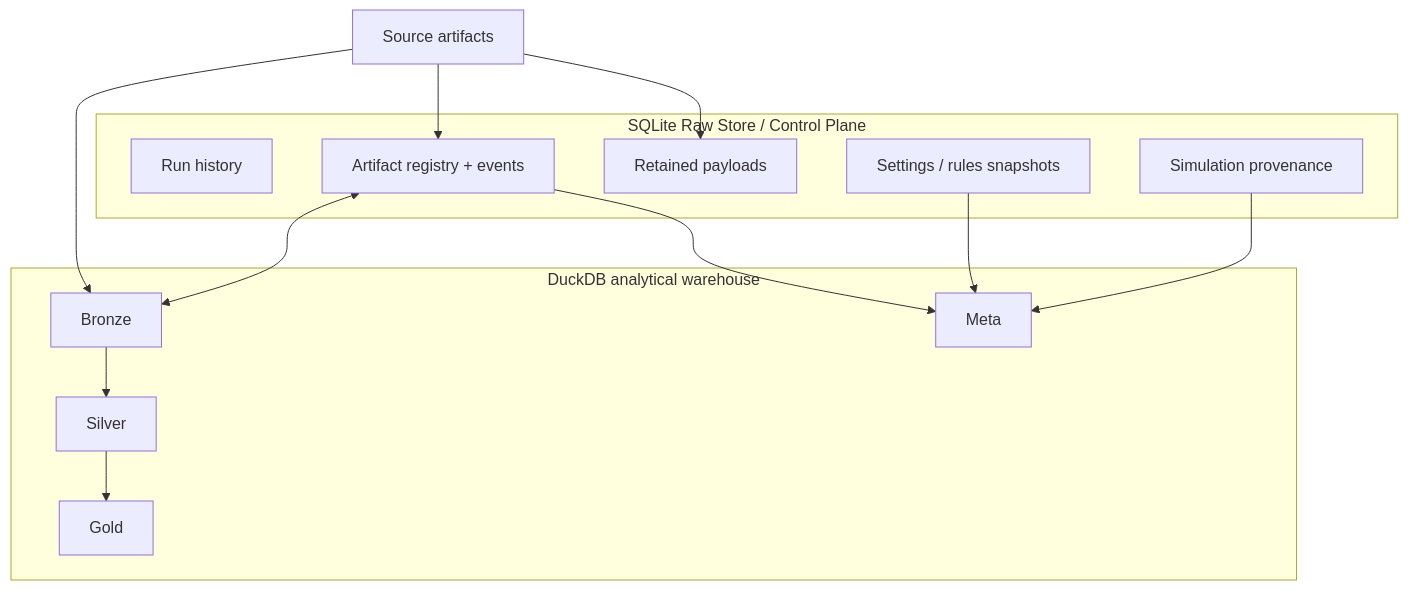
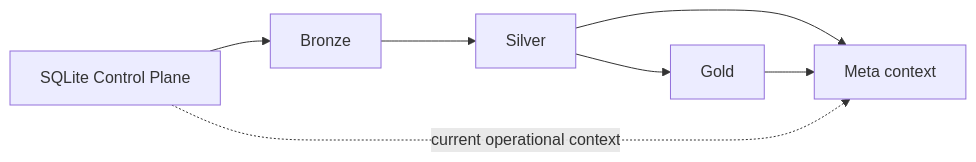
Before and after one commit to tks18/personal-finance-etl: the first of 7 diagrams in docs/architecture/warehouse-architecture.md, drawn with Mermaid. The commit also changed other lines of this file and 10 other files, not shown here.

Commit message:
docs: update docs/architecture for latest version

````diff
--- a/docs/architecture/warehouse-architecture.md
+++ b/docs/architecture/warehouse-architecture.md
@@ -9,29 +9,9 @@
 ```mermaid
-flowchart TB
-    SRC[Source artifacts]
-
-    subgraph SQLite[SQLite Raw Store / Control Plane]
-        RUNS[Run history]
-        ART[Artifact registry + events]
-        PAY[Retained payloads]
-        SNAP[Settings / rules snapshots]
-        SIM[Simulation provenance]
-    end
-
-    subgraph DuckDB[DuckDB analytical warehouse]
-        B[Bronze]
-        S[Silver]
-        G[Gold]
-        M[Meta]
-    end
-
-    SRC --> ART
-    SRC --> PAY
-    SRC --> B
-    ART <--> B
-    B --> S
-    S --> G
-    ART --> M
-    SNAP --> M
-    SIM --> M
+flowchart LR
+    CP[SQLite Control Plane] --> B[Bronze]
+    B --> S[Silver]
+    S --> G[Gold]
+    S --> M[Meta context]
+    G --> M
+    CP -. current operational context .-> M
 ```
````
